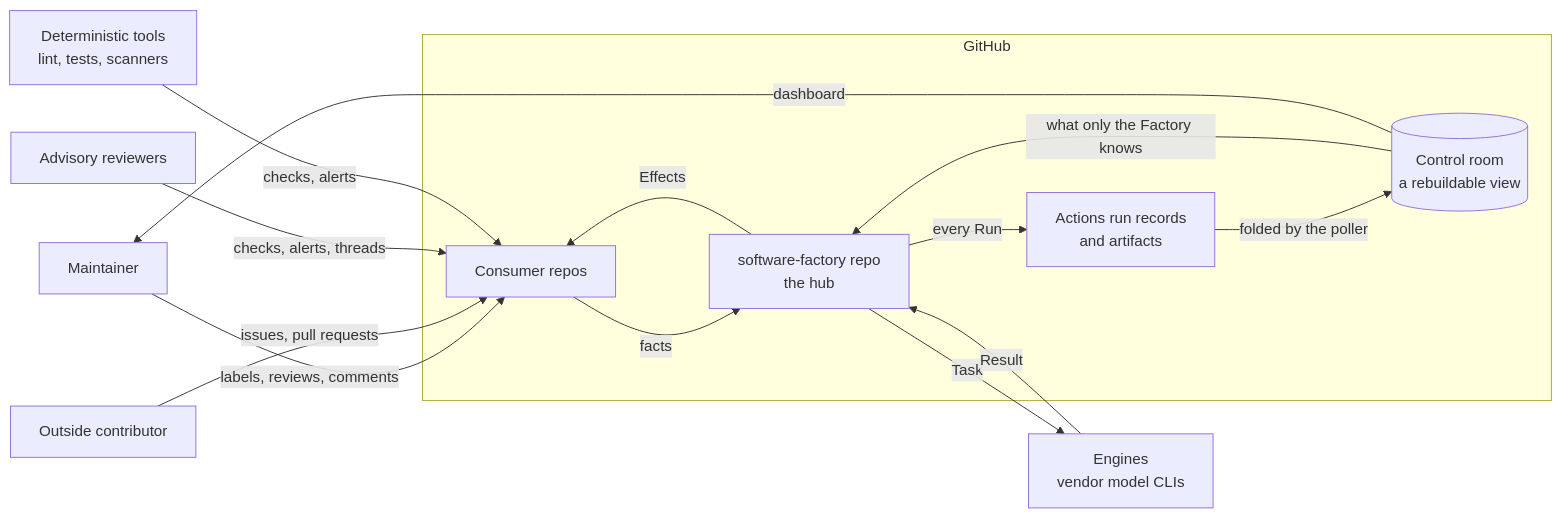
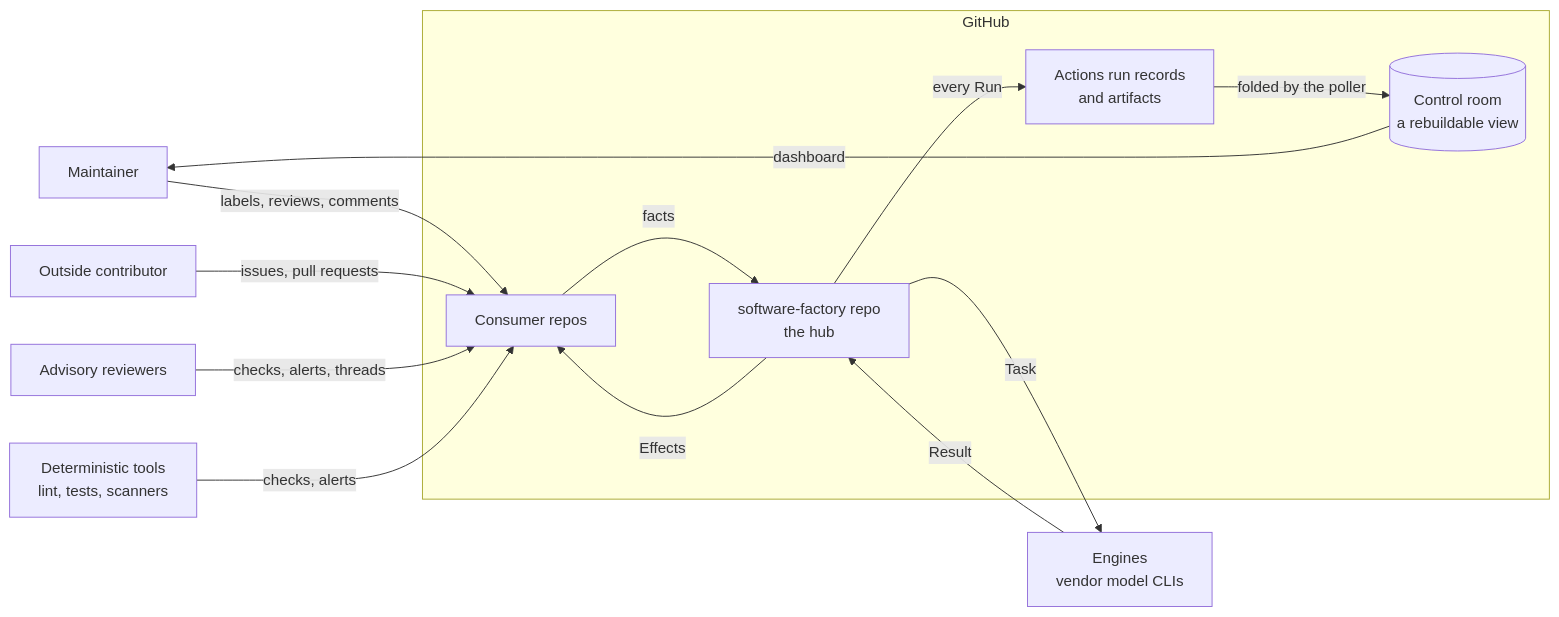
The first of 5 diagrams in docs/architecture/software-factory-design.md (combsmith/.github-private), drawn with Mermaid before and after one commit. The commit also changed other lines of this file and 3 other files, not shown here.

````diff
--- a/docs/architecture/software-factory-design.md
+++ b/docs/architecture/software-factory-design.md
@@ -62,27 +65,26 @@
 ```mermaid
 flowchart LR
   M[Maintainer]
   O[Outside contributor]
   subgraph GH[GitHub]
     C[Consumer repos]
     F[software-factory repo<br/>the hub]
     R[Actions run records<br/>and artifacts]
     V[(Control room<br/>a rebuildable view)]
   end
   E[Engines<br/>vendor model CLIs]
   A[Advisory reviewers]
   T[Deterministic tools<br/>lint, tests, scanners]
 
   M -- labels, reviews, comments --> C
   O -- issues, pull requests --> C
   A -- checks, alerts, threads --> C
   T -- checks, alerts --> C
   C -- facts --> F
   F -- Effects --> C
   F -- every Run --> R
   R -- folded by the poller --> V
-  V -- what only the Factory knows --> F
   V -- dashboard --> M
   F -- Task --> E
   E -- Result --> F
 ```
````
